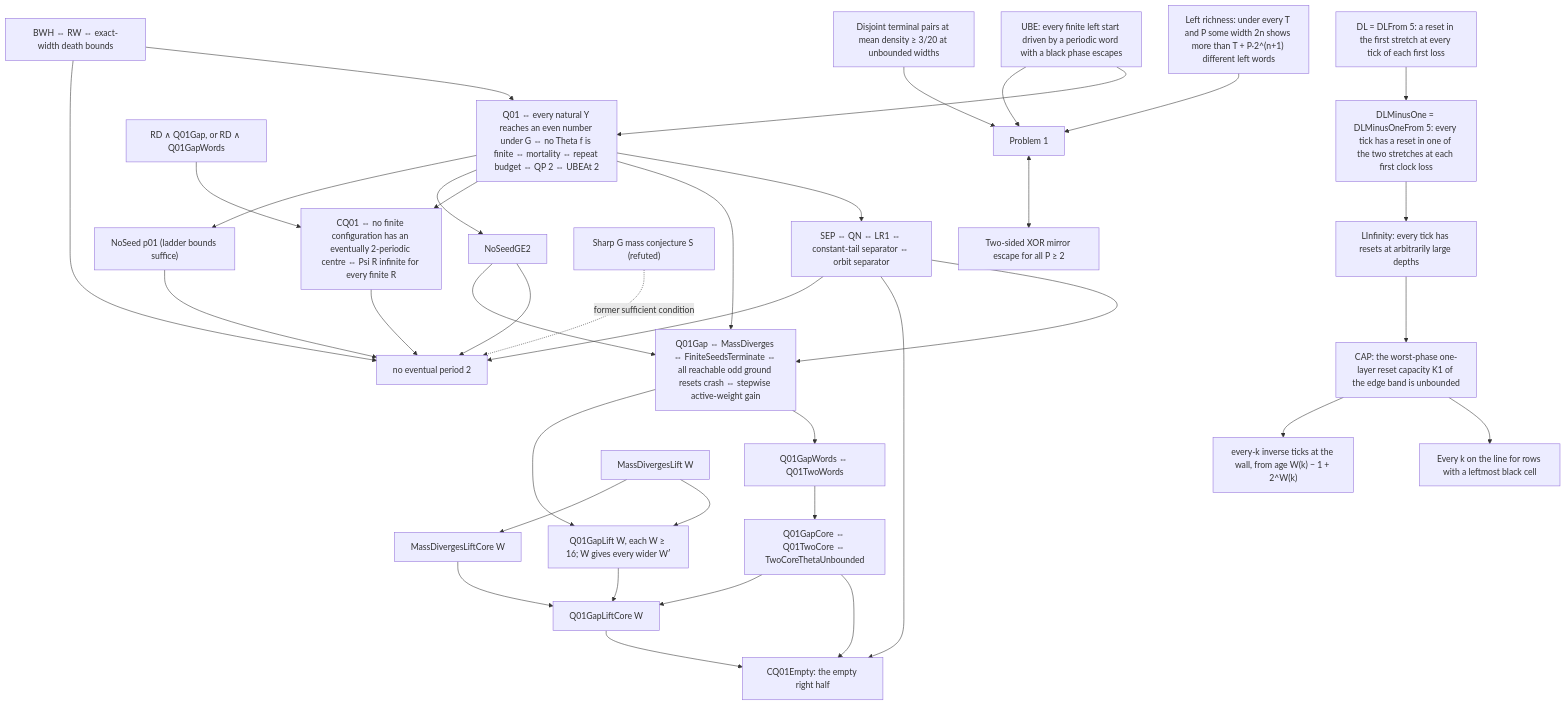
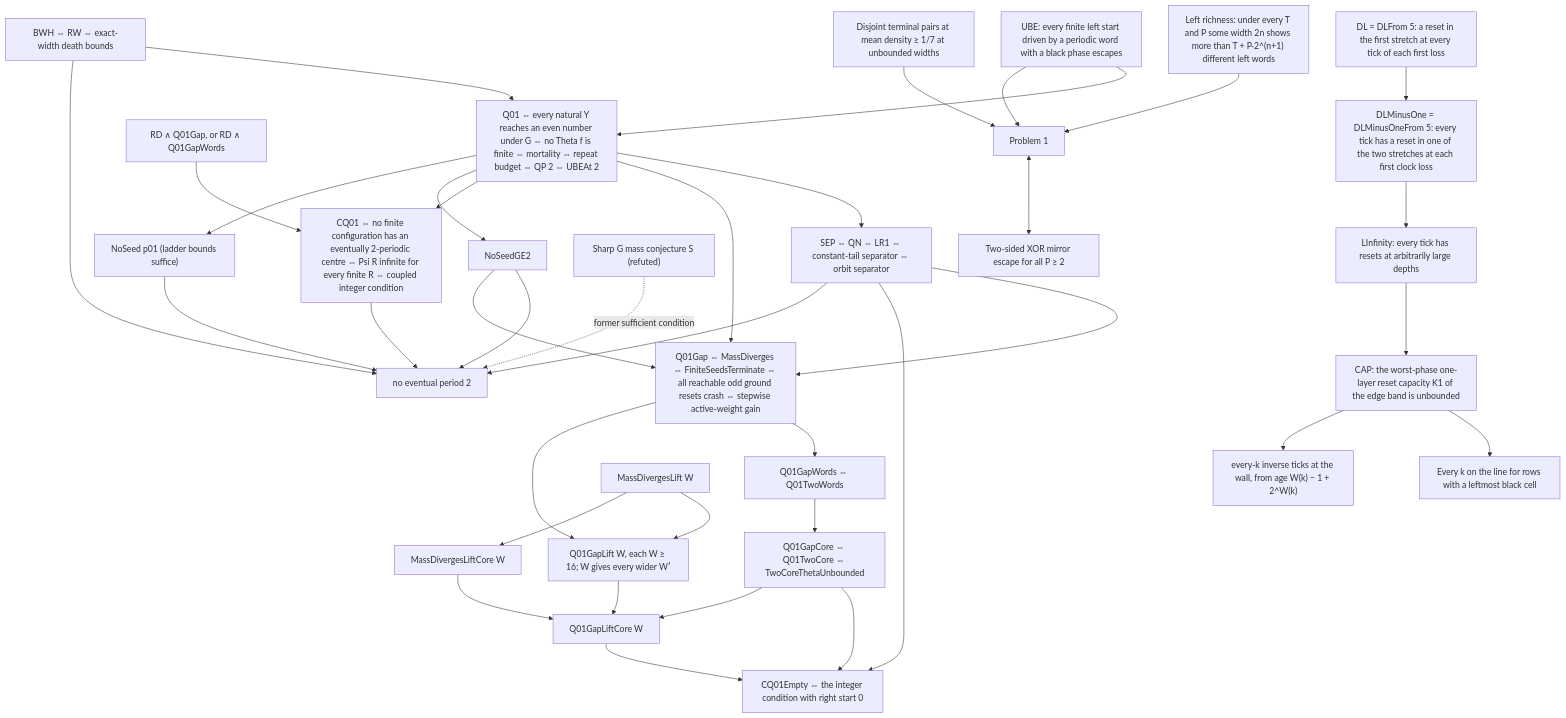
One commit to ghywel/rule30reset changed the diagram in KIT.md. Above: the diagram before and after it, drawn with Mermaid. The commit also changed other lines of this file and 5 other files, not shown here.

````diff
--- a/KIT.md
+++ b/KIT.md
@@ -48,34 +48,34 @@
 ```mermaid
 graph TD
   UBE["UBE: every finite left start driven by a periodic word with a black phase escapes"] --> Q01
   BWH["BWH ⇔ RW ⇔ exact-width death bounds"] --> Q01
   Q01["Q01 ⇔ every natural Y reaches an even number under G ⇔ no Theta f is finite ⇔ mortality ⇔ repeat budget ⇔ QP 2 ⇔ UBEAt 2"]
   Q01 --> SEP["SEP ⇔ QN ⇔ LR1 ⇔ constant-tail separator ⇔ orbit separator"]
   Q01 --> Q01Gap["Q01Gap ⇔ MassDiverges ⇔ FiniteSeedsTerminate ⇔ all reachable odd ground resets crash ⇔ stepwise active-weight gain"]
   SEP --> Q01Gap
   Q01Gap --> Q01GW["Q01GapWords ⇔ Q01TwoWords"]
   Q01GW --> Q01GC["Q01GapCore ⇔ Q01TwoCore ⇔ TwoCoreThetaUnbounded"]
-  Q01GC --> CQ01E["CQ01Empty: the empty right half"]
+  Q01GC --> CQ01E["CQ01Empty ⇔ the integer condition with right start 0"]
   Q01Gap --> GL["Q01GapLift W, each W ≥ 16; W gives every wider W′"] --> GLC["Q01GapLiftCore W"] --> CQ01E
   Q01GC --> GLC
   MDL["MassDivergesLift W"] --> GL
   MDL --> MDLC["MassDivergesLiftCore W"] --> GLC
   SEP --> CQ01E
-  Q01 --> CQ01["CQ01 ⇔ no finite configuration has an eventually 2-periodic centre ⇔ Psi R infinite for every finite R"]
+  Q01 --> CQ01["CQ01 ⇔ no finite configuration has an eventually 2-periodic centre ⇔ Psi R infinite for every finite R ⇔ coupled integer condition"]
   RDQ["RD ∧ Q01Gap, or RD ∧ Q01GapWords"] --> CQ01
   CQ01 --> NP2["no eventual period 2"]
   Q01 --> NSG["NoSeedGE2"] --> NP2
   NSG --> Q01Gap
   Q01 --> NS01["NoSeed p01 (ladder bounds suffice)"] --> NP2
   CS["Sharp G mass conjecture S (refuted)"] -. "former sufficient condition" .-> NP2
   SEP --> NP2
   BWH --> NP2
   UBE --> P1["Problem 1"]
   RICH["Left richness: under every T and P some width 2n shows more than T + P·2^(n+1) different left words"] --> P1
-  CENSUS["Disjoint terminal pairs at mean density ≥ 3/20 at unbounded widths"] --> P1
+  CENSUS["Disjoint terminal pairs at mean density ≥ 1/7 at unbounded widths"] --> P1
   P1 <--> MIR["Two-sided XOR mirror escape for all P ≥ 2"]
   DL["DL = DLFrom 5: a reset in the first stretch at every tick of each first loss"] --> DL1
   DL1["DLMinusOne = DLMinusOneFrom 5: every tick has a reset in one of the two stretches at each first clock loss"] --> LI["LInfinity: every tick has resets at arbitrarily large depths"]
   CAP --> LINE["Every k on the line for rows with a leftmost black cell"]
   LI --> CAP["CAP: the worst-phase one-layer reset capacity K1 of the edge band is unbounded"] --> EVK["every-k inverse ticks at the wall, from age W(k) − 1 + 2^W(k)"]
 ```
````
